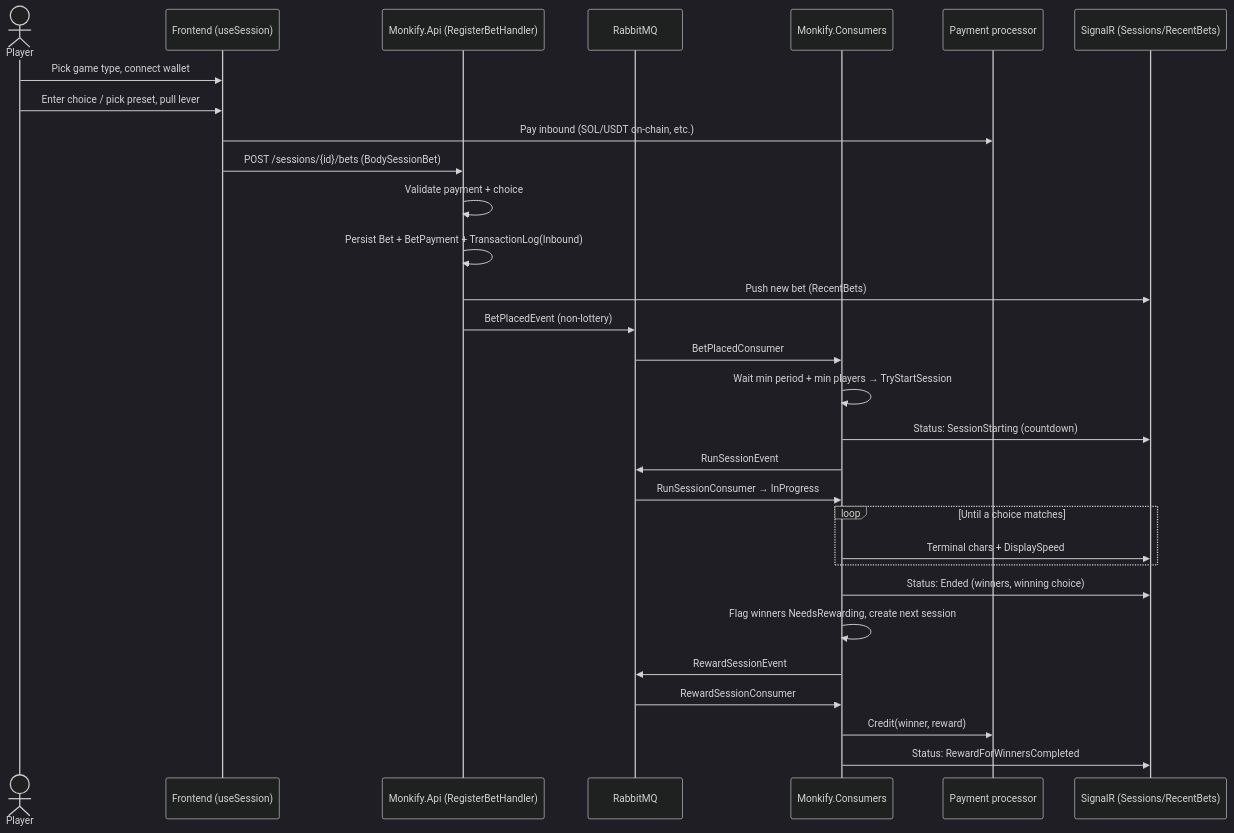
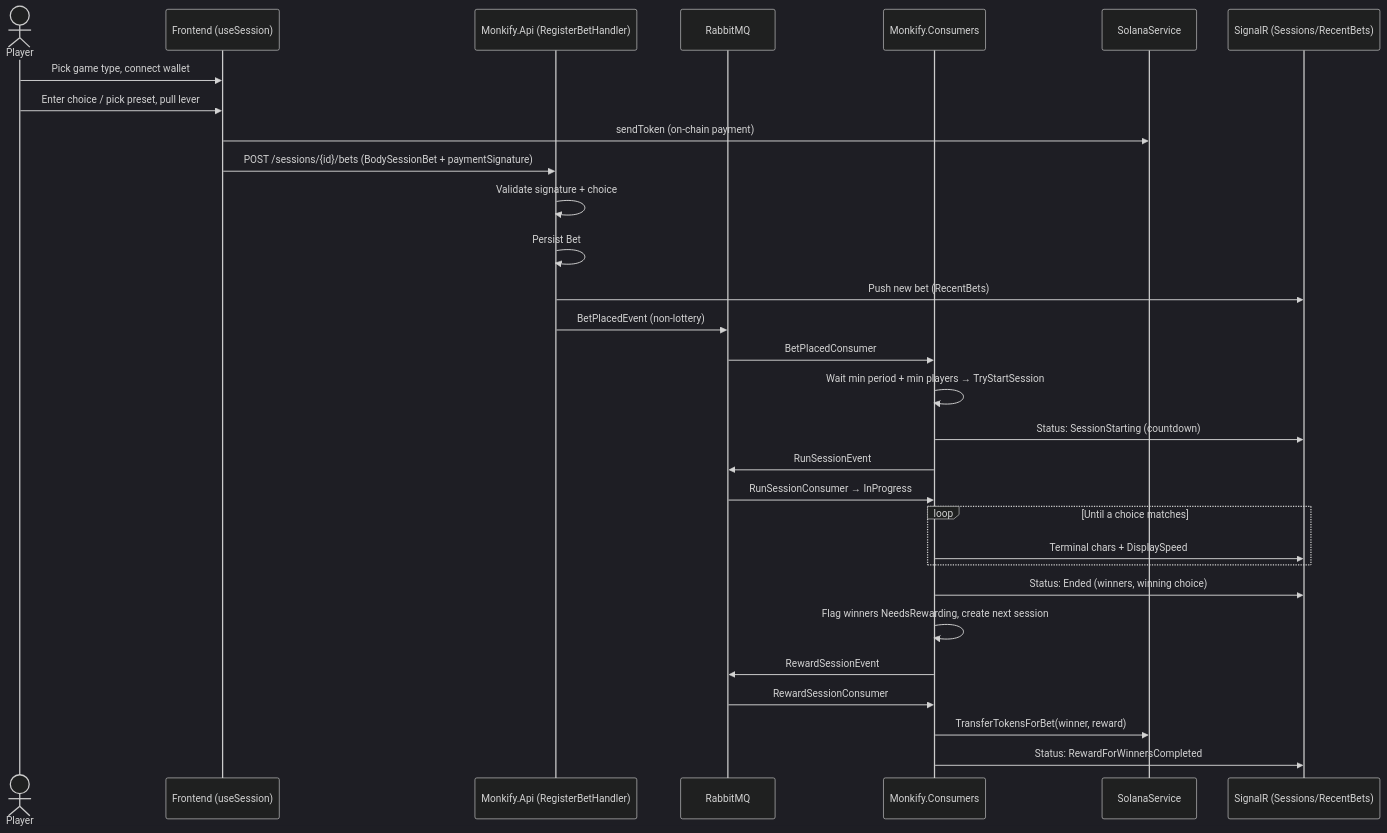
Before and after one commit to marcusruas/monkify-meta: the first of 2 diagrams in features/sessions.md, drawn with Mermaid (dark theme). The commit also changed other lines of this file and 10 other files, not shown here.

First line of the commit message:
Remove payment methods feature docs and Unidas API references.

````diff
--- a/features/sessions.md
+++ b/features/sessions.md
@@ -305,33 +297,33 @@
 ```mermaid
 sequenceDiagram
     actor Player
     participant FE as Frontend (useSession)
     participant API as Monkify.Api (RegisterBetHandler)
     participant MQ as RabbitMQ
     participant C as Monkify.Consumers
-    participant PROC as Payment processor
+    participant SOL as SolanaService
     participant WS as SignalR (Sessions/RecentBets)
 
     Player->>FE: Pick game type, connect wallet
     Player->>FE: Enter choice / pick preset, pull lever
-    FE->>PROC: Pay inbound (SOL/USDT on-chain, etc.)
-    FE->>API: POST /sessions/{id}/bets (BodySessionBet)
-    API->>API: Validate payment + choice
-    API->>API: Persist Bet + BetPayment + TransactionLog(Inbound)
+    FE->>SOL: sendToken (on-chain payment)
+    FE->>API: POST /sessions/{id}/bets (BodySessionBet + paymentSignature)
+    API->>API: Validate signature + choice
+    API->>API: Persist Bet
     API->>WS: Push new bet (RecentBets)
     API->>MQ: BetPlacedEvent (non-lottery)
     MQ->>C: BetPlacedConsumer
     C->>C: Wait min period + min players → TryStartSession
     C->>WS: Status: SessionStarting (countdown)
     C->>MQ: RunSessionEvent
     MQ->>C: RunSessionConsumer → InProgress
     loop Until a choice matches
         C->>WS: Terminal chars + DisplaySpeed
     end
     C->>WS: Status: Ended (winners, winning choice)
     C->>C: Flag winners NeedsRewarding, create next session
     C->>MQ: RewardSessionEvent
     MQ->>C: RewardSessionConsumer
-    C->>PROC: Credit(winner, reward)
+    C->>SOL: TransferTokensForBet(winner, reward)
     C->>WS: Status: RewardForWinnersCompleted
 ```
````
